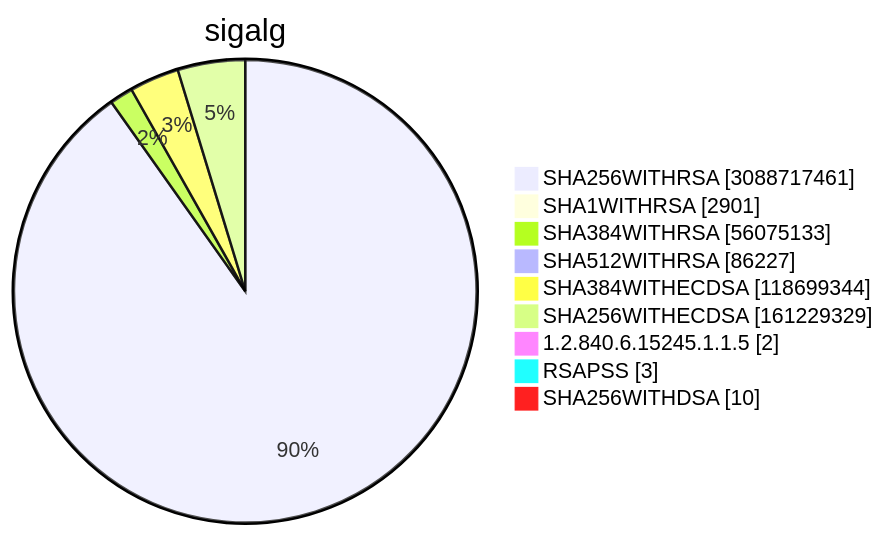
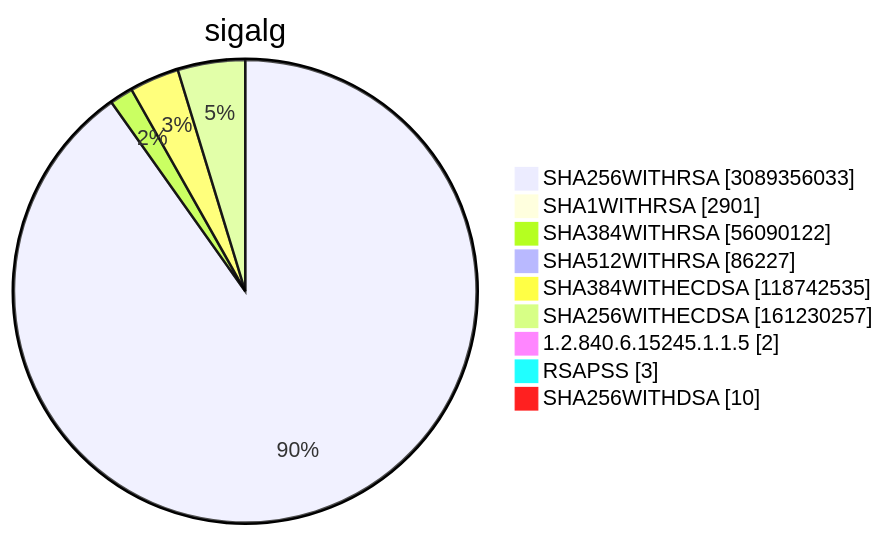
Before and after one commit to christiankrug/ctmonitor_visualization: diagram 15 of 15 in TOTAL/README.md, drawn with Mermaid. The commit also changed other lines of this file, not shown here.

````diff
--- a/TOTAL/README.md
+++ b/TOTAL/README.md
@@ -6211,13 +6211,13 @@
 ```mermaid
 pie showData
 title sigalg
-"SHA256WITHRSA" :3088717461
+"SHA256WITHRSA" :3089356033
 "SHA1WITHRSA" :2901
-"SHA384WITHRSA" :56075133
+"SHA384WITHRSA" :56090122
 "SHA512WITHRSA" :86227
-"SHA384WITHECDSA" :118699344
-"SHA256WITHECDSA" :161229329
+"SHA384WITHECDSA" :118742535
+"SHA256WITHECDSA" :161230257
 "1.2.840.6.15245.1.1.5" :2
 "RSAPSS" :3
 "SHA256WITHDSA" :10
 ```
````
